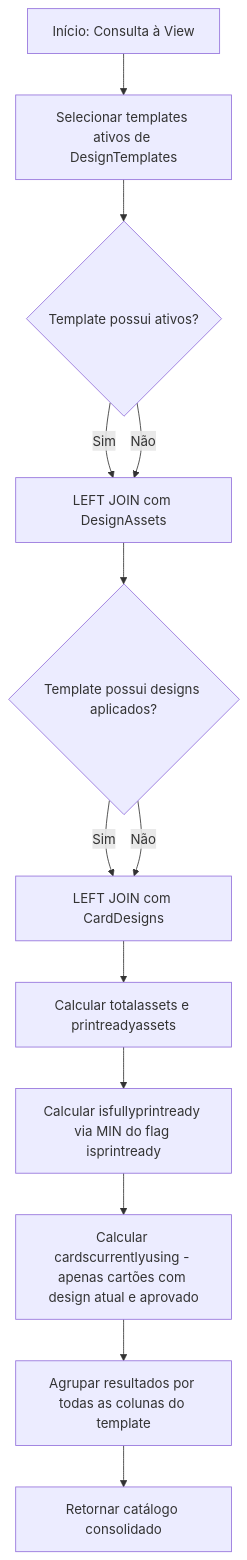
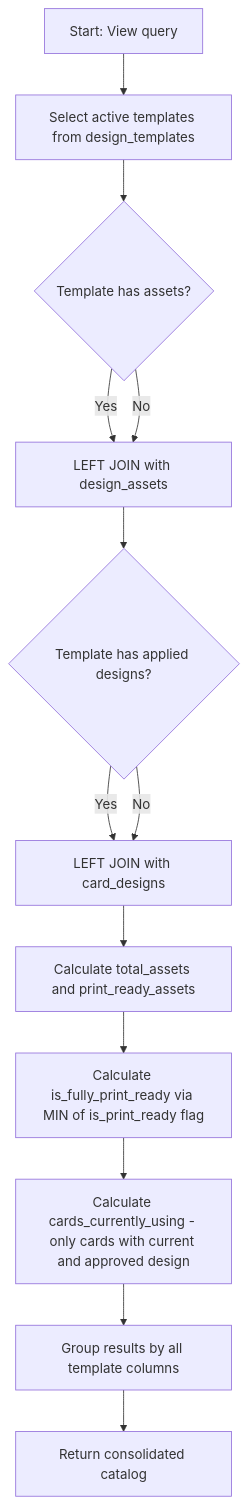
The diagram in doc/database/views/vw_card_design_catalog.md (gft-us-wynxx/GftUs.Samples.NovoCard.SQL), drawn with Mermaid before and after one commit. The commit also changed other lines of this file and 35 other files, not shown here.

````diff
--- a/doc/database/views/vw_card_design_catalog.md
+++ b/doc/database/views/vw_card_design_catalog.md
@@ -79,15 +77,15 @@
 ```mermaid
 graph TD
-    A[Início: Consulta à View] --> B[Selecionar templates ativos de DesignTemplates]
-    B --> C{Template possui ativos?}
-    C -- Sim --> D[LEFT JOIN com DesignAssets]
-    C -- Não --> D
-    D --> E{Template possui designs aplicados?}
-    E -- Sim --> F[LEFT JOIN com CardDesigns]
-    E -- Não --> F
-    F --> G[Calcular totalassets e printreadyassets]
-    G --> H[Calcular isfullyprintready via MIN do flag isprintready]
-    H --> I[Calcular cardscurrentlyusing - apenas cartões com design atual e aprovado]
-    I --> J[Agrupar resultados por todas as colunas do template]
-    J --> K[Retornar catálogo consolidado]
+    A[Start: View query] --> B[Select active templates from design_templates]
+    B --> C{Template has assets?}
+    C -- Yes --> D[LEFT JOIN with design_assets]
+    C -- No --> D
+    D --> E{Template has applied designs?}
+    E -- Yes --> F[LEFT JOIN with card_designs]
+    E -- No --> F
+    F --> G[Calculate total_assets and print_ready_assets]
+    G --> H[Calculate is_fully_print_ready via MIN of is_print_ready flag]
+    H --> I[Calculate cards_currently_using - only cards with current and approved design]
+    I --> J[Group results by all template columns]
+    J --> K[Return consolidated catalog]
 ```
````
